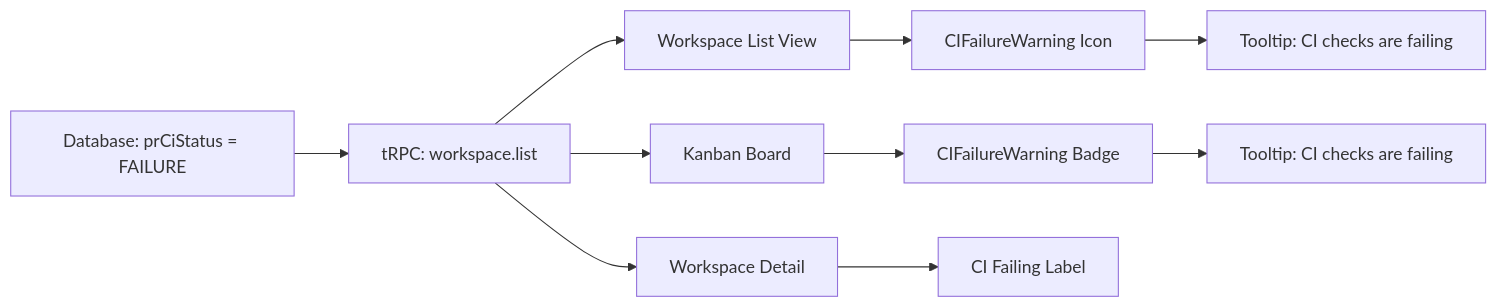
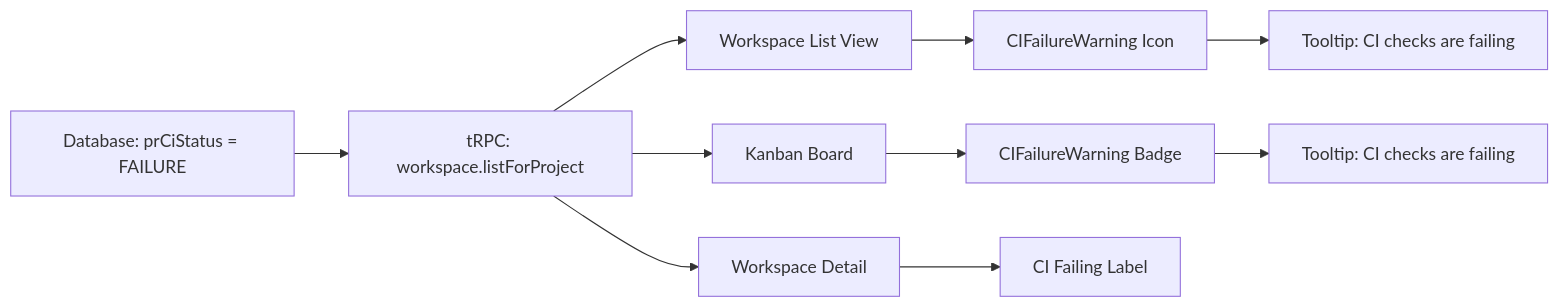
Before and after one commit to purplefish-ai/factory-factory: the eighth of 8 diagrams in docs/design/ci-monitoring-system.md, drawn with Mermaid. The commit also changed 38 other files, not shown here.

First line of the commit message:
Serve the sidebar and the board from one workspace list (#2026)

````diff
--- a/docs/design/ci-monitoring-system.md
+++ b/docs/design/ci-monitoring-system.md
@@ -387,14 +387,14 @@
 ```mermaid
 graph LR
-    DB[Database: prCiStatus = FAILURE] --> tRPC[tRPC: workspace.list]
+    DB[Database: prCiStatus = FAILURE] --> tRPC[tRPC: workspace.listForProject]
     tRPC --> List[Workspace List View]
     tRPC --> Kanban[Kanban Board]
     tRPC --> Detail[Workspace Detail]
 
     List --> Icon1[CIFailureWarning Icon]
     Kanban --> Icon2[CIFailureWarning Badge]
     Detail --> Label["CI Failing" Label]
 
     Icon1 --> Tooltip1[Tooltip: CI checks are failing]
     Icon2 --> Tooltip2[Tooltip: CI checks are failing]
 ```
````
